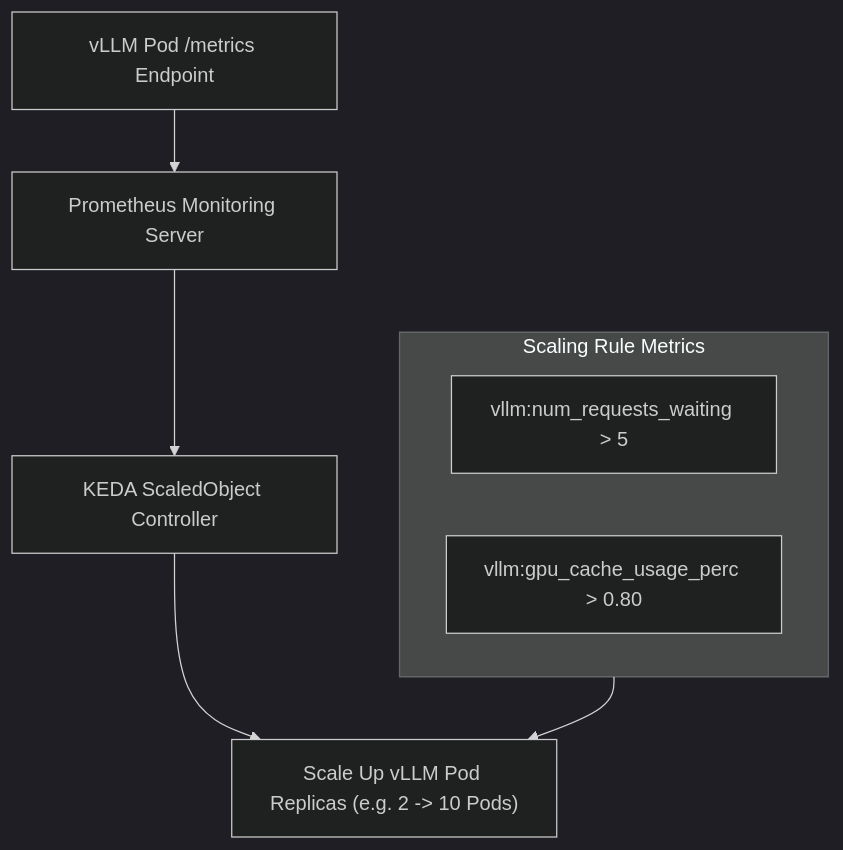
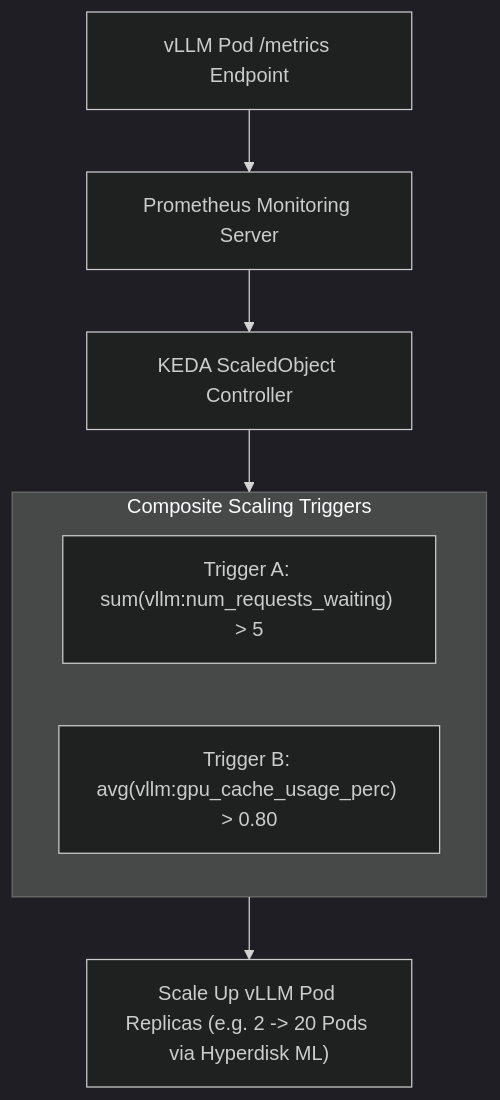
Before and after one commit to Marinette101/vllm-learning-notes: the tenth of 11 diagrams in docs/en/06_deployment_and_orchestration.md, drawn with Mermaid (dark theme). The commit also changed other lines of this file and 5 other files, not shown here.

````diff
--- a/docs/en/06_deployment_and_orchestration.md
+++ b/docs/en/06_deployment_and_orchestration.md
@@ -146,13 +420,13 @@
 ```mermaid
 flowchart TD
     VLLM_METRICS["vLLM Pod /metrics Endpoint"] --> PROM["Prometheus Monitoring Server"]
     PROM --> KEDA["KEDA ScaledObject Controller"]
     
-    subgraph SCALING_RULES ["Scaling Rule Metrics"]
-        RULE1["vllm:num_requests_waiting > 5"]
-        RULE2["vllm:gpu_cache_usage_perc > 0.80"]
+    subgraph SCALING_RULES ["Composite Scaling Triggers"]
+        RULE1["Trigger A: sum(vllm:num_requests_waiting) > 5"]
+        RULE2["Trigger B: avg(vllm:gpu_cache_usage_perc) > 0.80"]
     end
 
-    KEDA --> HPA
-    SCALING_RULES --> HPA["Scale Up vLLM Pod Replicas (e.g. 2 -> 10 Pods)"]
+    KEDA --> SCALING_RULES
+    SCALING_RULES --> HPA["Scale Up vLLM Pod Replicas (e.g. 2 -> 20 Pods via Hyperdisk ML)"]
 ```
````
